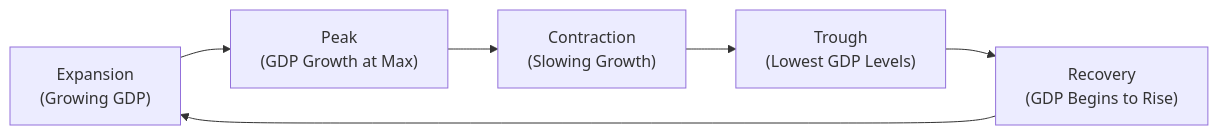
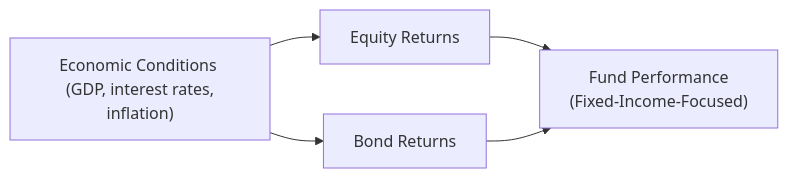
The diagram in content/ifc/8/2/index.md (MasteryEducation/SecuritiesExamsMastery.ca), drawn with Mermaid before and after one commit. The commit also changed other lines of this file and 130 other files, not shown here.

````diff
--- a/content/ifc/8/2/index.md
+++ b/content/ifc/8/2/index.md
@@ -23,8 +113,7 @@
 ```mermaid
-graph LR
-    A["Expansion <br/> (Growing GDP)"] --> B["Peak <br/> (GDP Growth at Max)"]
-    B["Peak <br/> (GDP Growth at Max)"] --> C["Contraction <br/> (Slowing Growth)"]
-    C["Contraction <br/> (Slowing Growth)"] --> D["Trough <br/> (Lowest GDP Levels)"]
-    D["Trough <br/> (Lowest GDP Levels)"] --> E["Recovery <br/> (GDP Begins to Rise)"]
-    E["Recovery <br/> (GDP Begins to Rise)"] --> A["Expansion <br/> (Growing GDP)"]
+flowchart LR
+    A["Economic Conditions <br/> (GDP, interest rates, inflation)"] --> B["Equity Returns"]
+    A --> C["Bond Returns"]
+    B --> D["Fund Performance <br/> (Equity-Focused)"]
+    C --> D["Fund Performance <br/> (Fixed-Income-Focused)"]
 ```
````
